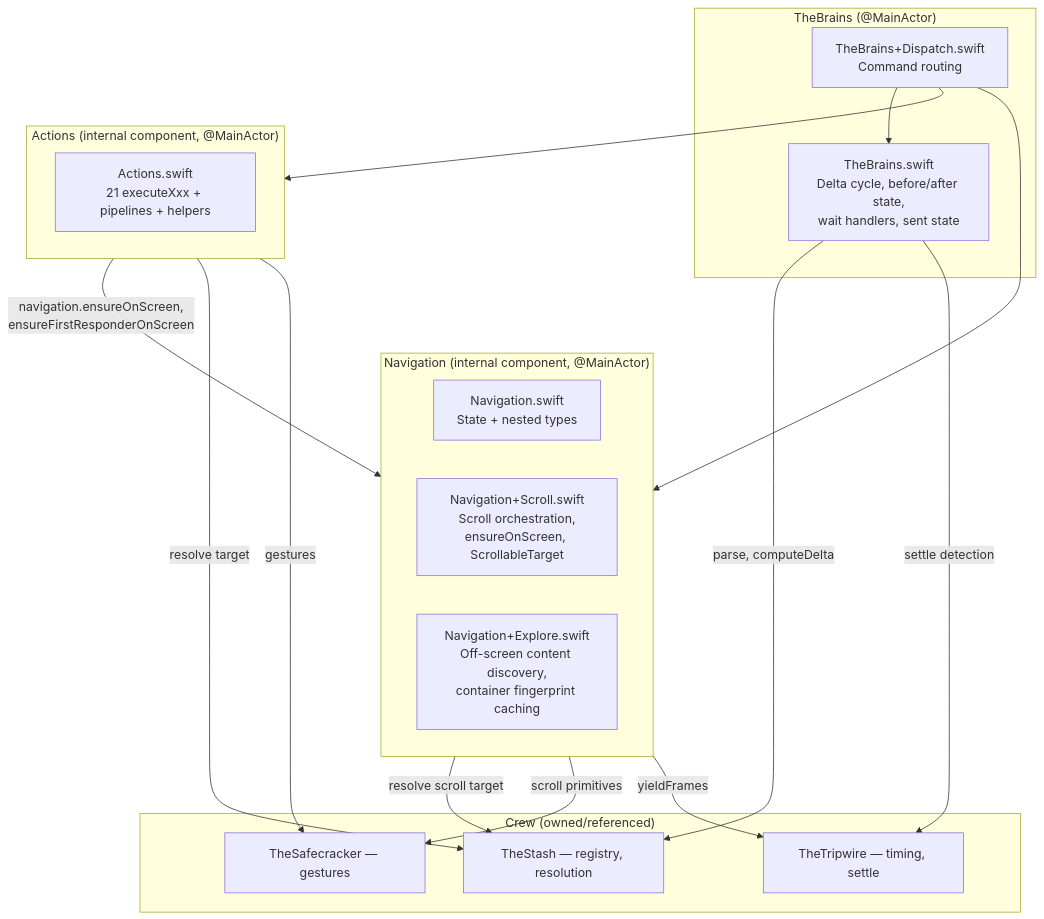
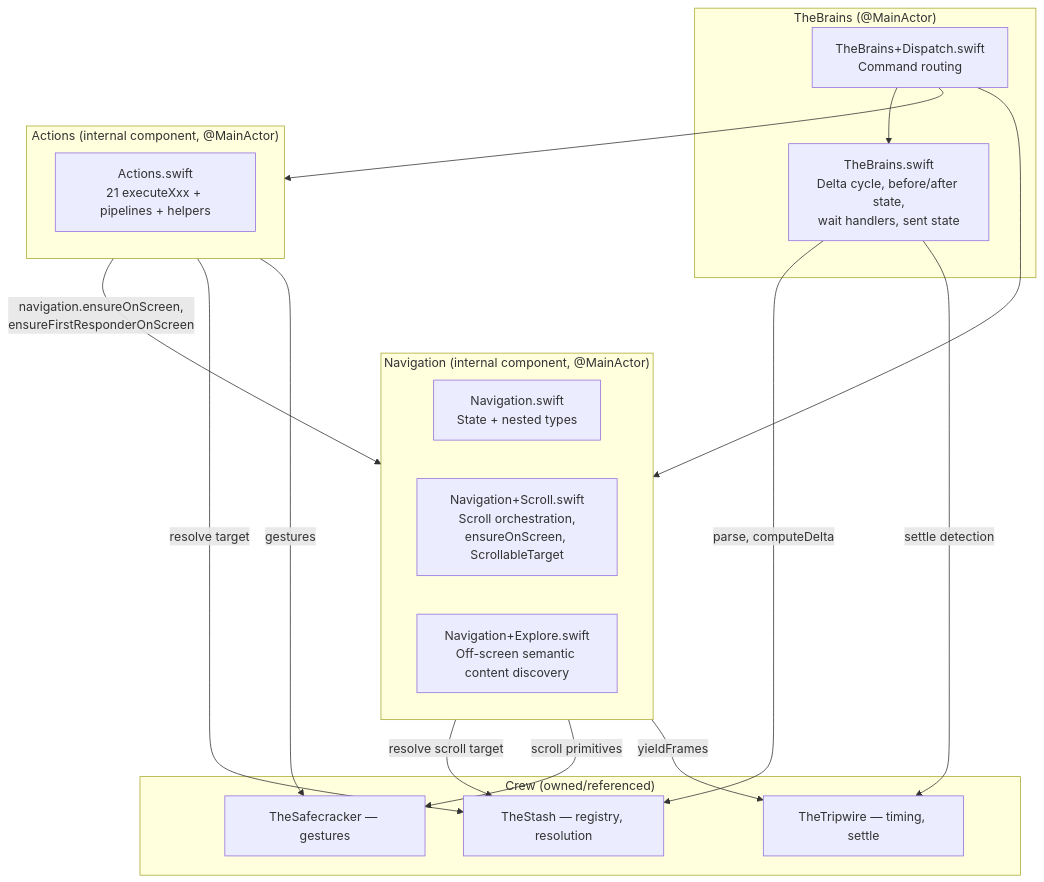
One commit to RoyalPineapple/TheButtonHeist changed the first of 3 diagrams in docs/dossiers/13-THEBRAINS.md. Above: the diagram before and after it, drawn with Mermaid. The commit also changed other lines of this file and 9 other files, not shown here.

````diff
--- a/docs/dossiers/13-THEBRAINS.md
+++ b/docs/dossiers/13-THEBRAINS.md
@@ -33,35 +33,35 @@
 ```mermaid
 graph TD
     subgraph TheBrains["TheBrains (@MainActor)"]
         Dispatch["TheBrains+Dispatch.swift<br/>Command routing"]
         Core["TheBrains.swift<br/>Delta cycle, before/after state,<br/>wait handlers, sent state"]
     end
 
     subgraph Navigation["Navigation (internal component, @MainActor)"]
         NavCore["Navigation.swift<br/>State + nested types"]
         NavScroll["Navigation+Scroll.swift<br/>Scroll orchestration,<br/>ensureOnScreen, ScrollableTarget"]
-        NavExplore["Navigation+Explore.swift<br/>Off-screen content discovery,<br/>container fingerprint caching"]
+        NavExplore["Navigation+Explore.swift<br/>Off-screen semantic content discovery"]
     end
 
     subgraph Actions["Actions (internal component, @MainActor)"]
         ActCore["Actions.swift<br/>21 executeXxx + pipelines + helpers"]
     end
 
     subgraph Crew["Crew (owned/referenced)"]
         Stash["TheStash — registry, resolution"]
         Safecracker["TheSafecracker — gestures"]
         Tripwire["TheTripwire — timing, settle"]
     end
 
     Dispatch --> Actions
     Dispatch --> Navigation
     Dispatch --> Core
     Actions -->|"navigation.ensureOnScreen,<br/>ensureFirstResponderOnScreen"| Navigation
     Actions -->|"resolve target"| Stash
     Actions -->|"gestures"| Safecracker
     Navigation -->|"resolve scroll target"| Stash
     Navigation -->|"scroll primitives"| Safecracker
     Navigation -->|"yieldFrames"| Tripwire
     Core -->|"parse, computeDelta"| Stash
     Core -->|"settle detection"| Tripwire
 ```
````
